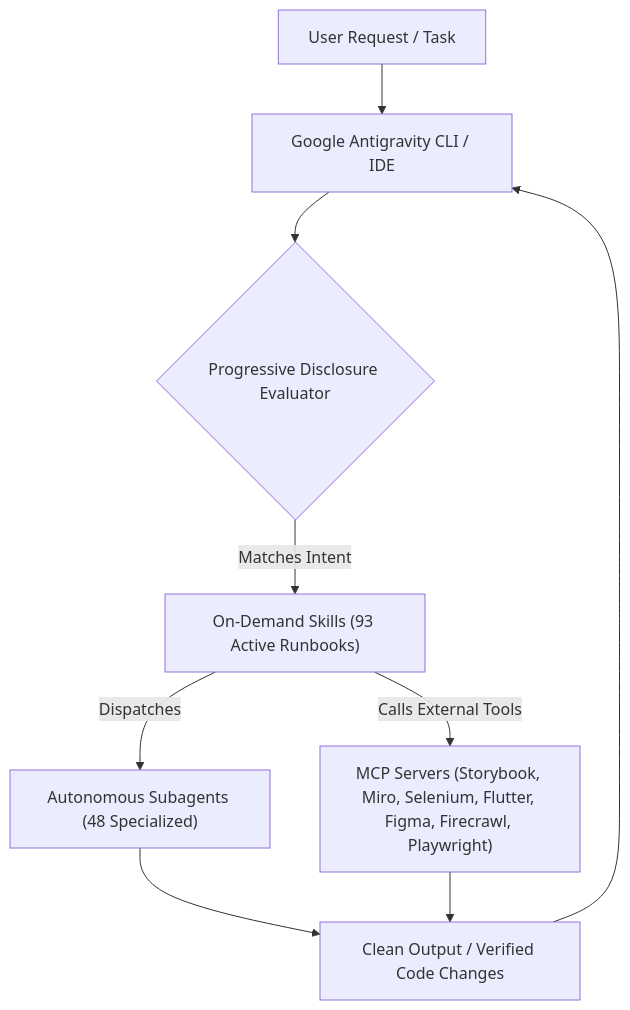
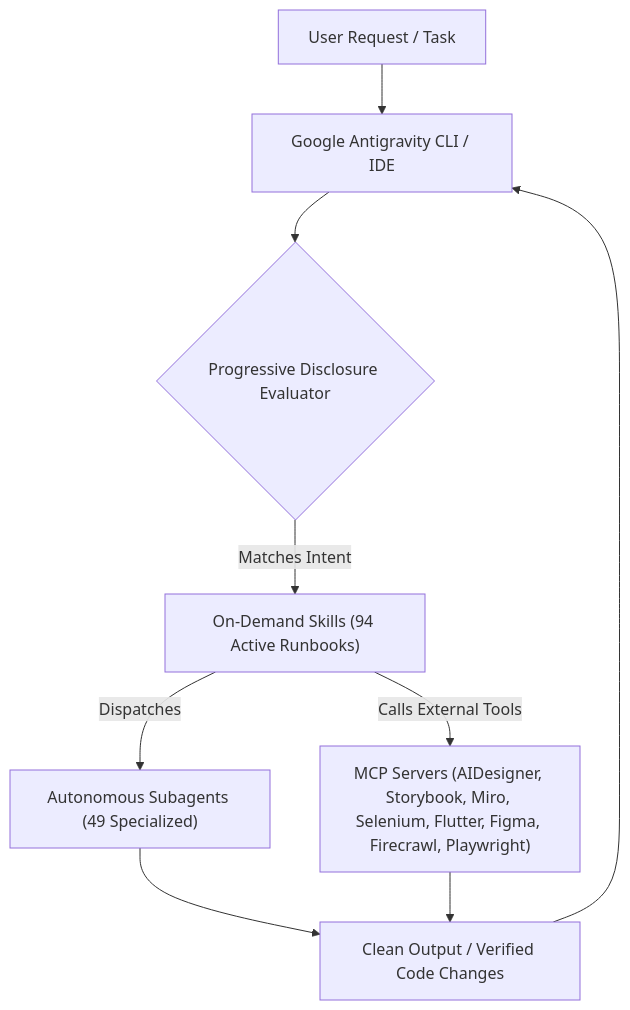
One commit to Ganeshbeldar015/Antigravity-Skills changed the diagram in README.md. Above: the diagram before and after it, drawn with Mermaid. The commit also changed other lines of this file and 13 other files, not shown here.

Commit message:
feat: add aidesigner frontend MCP plugin, skill, and autonomous agent

````diff
--- a/README.md
+++ b/README.md
@@ -249,19 +250,19 @@
 ```mermaid
 flowchart TD
     U["User Request / Task"]
     CLI["Google Antigravity CLI / IDE"]
     PD{"Progressive Disclosure Evaluator"}
-    SK["On-Demand Skills (93 Active Runbooks)"]
-    AG["Autonomous Subagents (48 Specialized)"]
-    MCP["MCP Servers (Storybook, Miro, Selenium, Flutter, Figma, Firecrawl, Playwright)"]
+    SK["On-Demand Skills (94 Active Runbooks)"]
+    AG["Autonomous Subagents (49 Specialized)"]
+    MCP["MCP Servers (AIDesigner, Storybook, Miro, Selenium, Flutter, Figma, Firecrawl, Playwright)"]
     RES["Clean Output / Verified Code Changes"]
 
     U --> CLI
     CLI --> PD
     PD -->|Matches Intent| SK
     SK -->|Dispatches| AG
     SK -->|Calls External Tools| MCP
     AG --> RES
     MCP --> RES
     RES --> CLI
 ```
````
